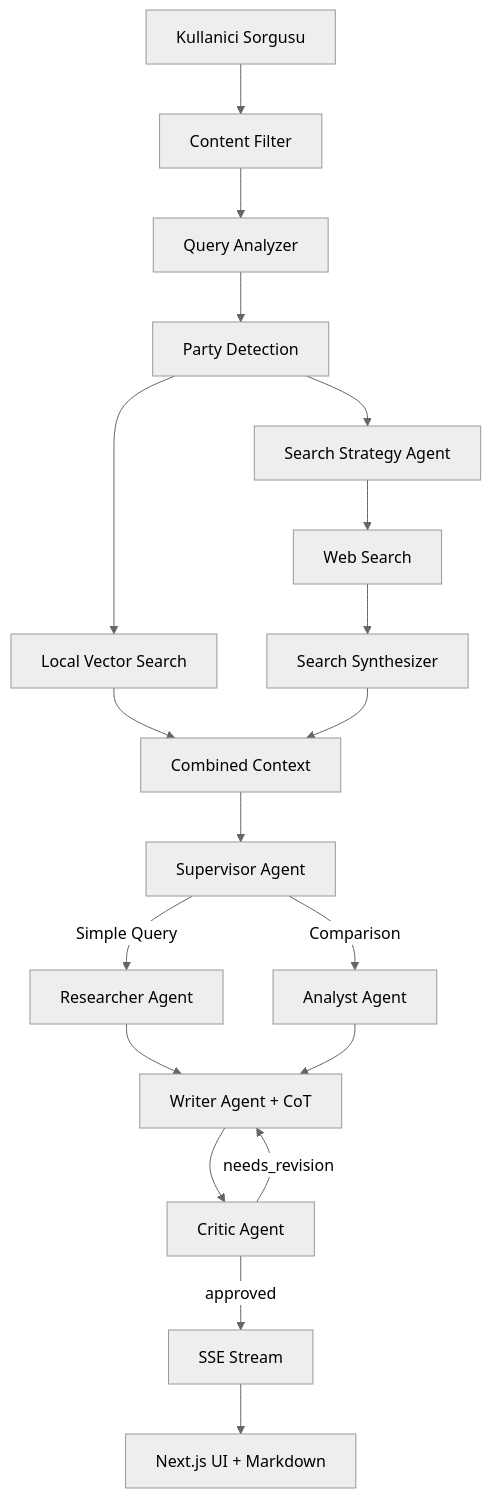
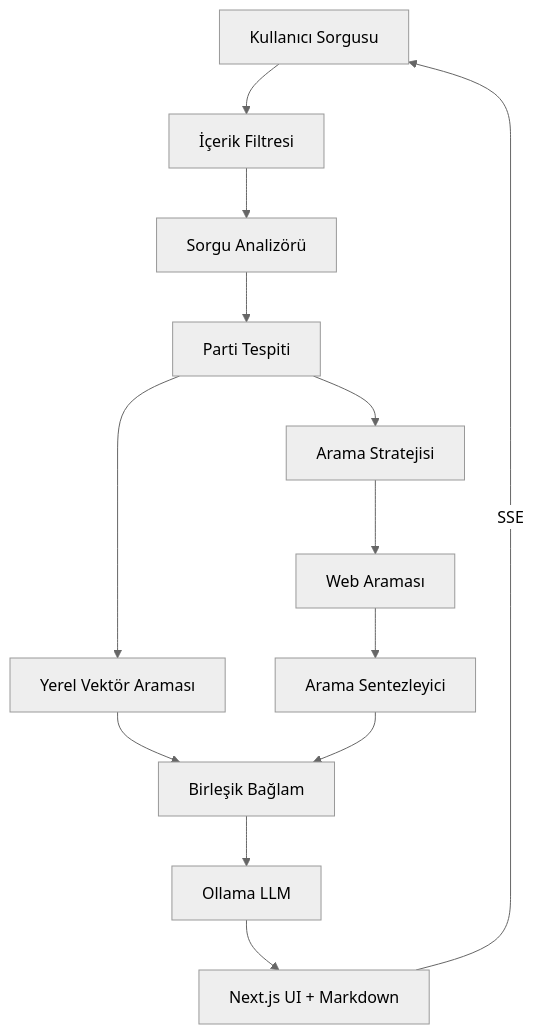
Before and after one commit to barancanercan/Turkish-Government-Intelligence-Hub: the diagram in README.md, drawn with Mermaid (neutral theme). The commit also changed other lines of this file and 17 other files, not shown here.

````diff
--- a/README.md
+++ b/README.md
@@ -69,28 +79,20 @@
 ```mermaid
 graph TD
-    User[Kullanici Sorgusu] --> ContentFilter[Content Filter]
-    ContentFilter --> QueryAnalyzer[Query Analyzer]
-    QueryAnalyzer --> PartyDetect[Party Detection]
+    User[Kullanıcı Sorgusu] --> ContentFilter[İçerik Filtresi]
+    ContentFilter --> QueryAnalyzer[Sorgu Analizörü]
+    QueryAnalyzer --> PartyDetect[Parti Tespiti]
 
-    PartyDetect --> LocalSearch[Local Vector Search]
-    PartyDetect --> SearchStrategy[Search Strategy Agent]
+    PartyDetect --> LocalSearch[Yerel Vektör Araması]
+    PartyDetect --> SearchStrategy[Arama Stratejisi]
 
-    SearchStrategy --> WebSearch[Web Search]
-    WebSearch --> Synthesizer[Search Synthesizer]
+    SearchStrategy --> WebSearch[Web Araması]
+    WebSearch --> Synthesizer[Arama Sentezleyici]
 
-    LocalSearch --> Context[Combined Context]
+    LocalSearch --> Context[Birleşik Bağlam]
     Synthesizer --> Context
 
-    Context --> Supervisor[Supervisor Agent]
-    Supervisor -->|Simple Query| Researcher[Researcher Agent]
-    Supervisor -->|Comparison| Analyst[Analyst Agent]
+    Context --> LLM[Ollama LLM]
+    LLM --> UI[Next.js UI + Markdown]
 
-    Researcher --> Writer[Writer Agent + CoT]
-    Analyst --> Writer
-
-    Writer --> Critic[Critic Agent]
-    Critic -->|needs_revision| Writer
-    Critic -->|approved| SSE[SSE Stream]
-
-    SSE --> UI[Next.js UI + Markdown]
+    UI -->|SSE| User
 ```
````
